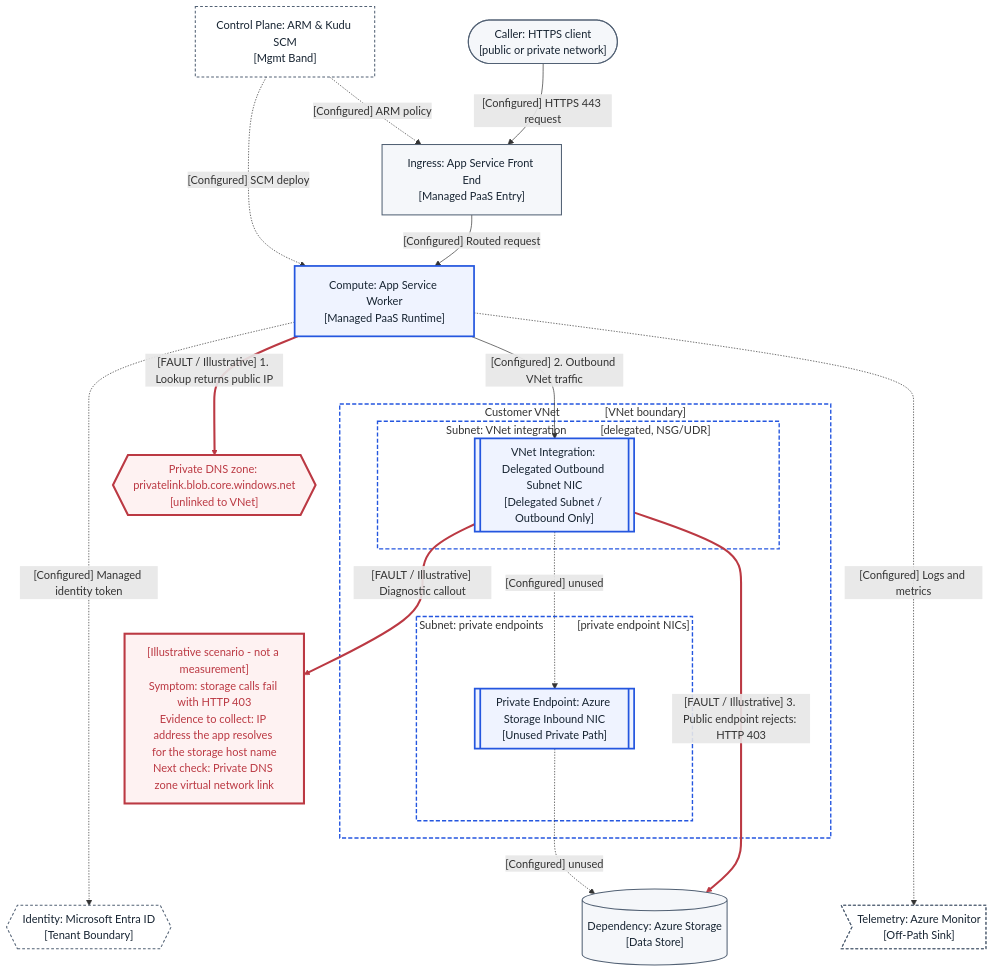
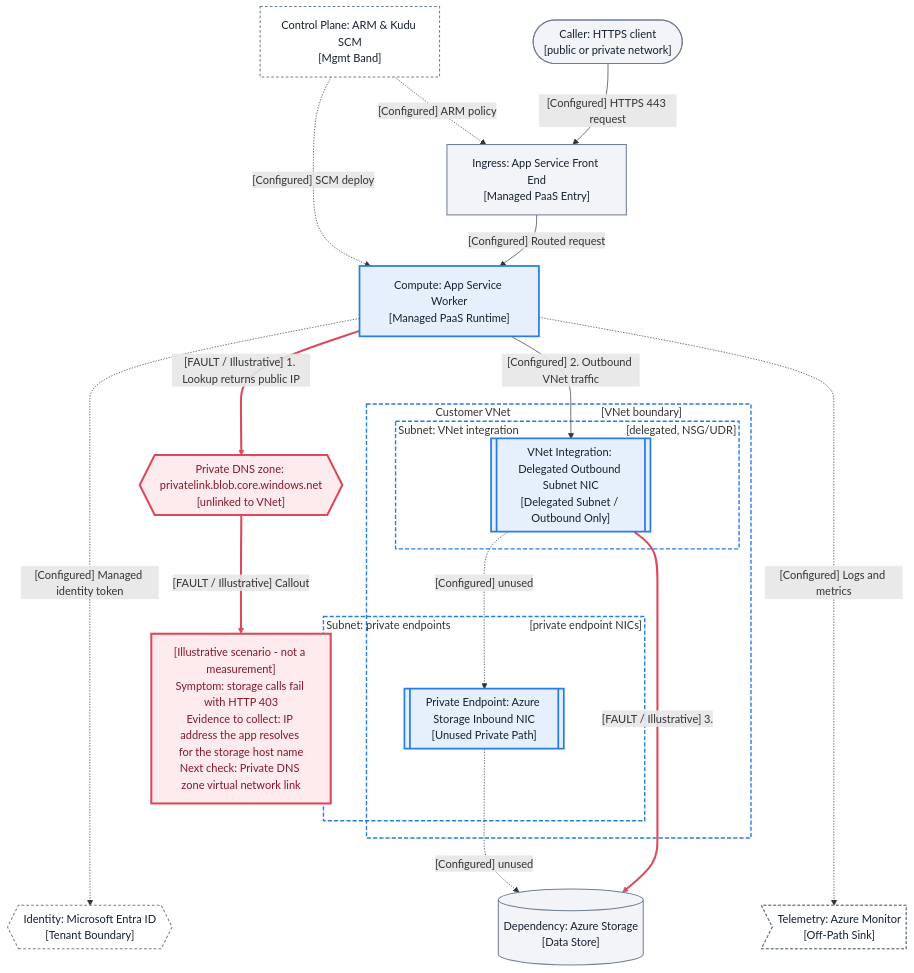
The fourth of 6 diagrams in docs/reference/diagram-topology-grammar.md (yeongseon/azure-app-service-practical-guide), drawn with Mermaid before and after one commit. The commit also changed other lines of this file and 1 other file, not shown here.

First line of the commit message:
docs(diagrams): make the topology grammar self-contained and correct its egress vocabulary

````diff
--- a/docs/reference/diagram-topology-grammar.md
+++ b/docs/reference/diagram-topology-grammar.md
@@ -263,45 +264,45 @@
 ```mermaid
 flowchart TD
     accTitle: App Service Egress Fault and Evidence Overlay (Grammar v1)
     accDescr: Anchors an illustrative fault overlay to the regional VNet integration egress topology when an unlinked Private DNS zone causes public IP resolution and outbound HTTP 403 rejection from vnet_integration to Storage.
     control_plane["Control Plane: ARM & Kudu SCM<br/>[Mgmt Band]"]
     client(["Caller: HTTPS client<br/>[public or private network]"])
     ingress["Ingress: App Service Front End<br/>[Managed PaaS Entry]"]
     app_runtime["Compute: App Service Worker<br/>[Managed PaaS Runtime]"]
     identity{{"Identity: Microsoft Entra ID<br/>[Tenant Boundary]"}}
     storage_db[("Dependency: Azure Storage<br/>[Data Store]")]
     telemetry>"Telemetry: Azure Monitor<br/>[Off-Path Sink]"]
     dns_out{{"Private DNS zone: privatelink.blob.core.windows.net<br/>[unlinked to VNet]"}}
     fault_note["[Illustrative scenario - not a measurement]<br/>Symptom: storage calls fail with HTTP 403<br/>Evidence to collect: IP address the app resolves for the storage host name<br/>Next check: Private DNS zone virtual network link"]
-    subgraph vnet_out["Customer VNet &nbsp;&nbsp;&nbsp;&nbsp;&nbsp;&nbsp;&nbsp;&nbsp;&nbsp;&nbsp;&nbsp;&nbsp;&nbsp;&nbsp; [VNet boundary]"]
-        subgraph subnet_int["Subnet: VNet integration &nbsp;&nbsp;&nbsp;&nbsp;&nbsp;&nbsp;&nbsp;&nbsp;&nbsp;&nbsp; [delegated, NSG/UDR]"]
+    subgraph vnet_out["Customer VNet &nbsp;&nbsp;&nbsp;&nbsp;&nbsp;&nbsp;&nbsp;&nbsp;&nbsp;&nbsp;&nbsp;&nbsp;&nbsp;&nbsp;&nbsp;&nbsp;&nbsp;&nbsp;&nbsp;&nbsp;&nbsp;&nbsp;&nbsp;&nbsp;&nbsp;&nbsp;&nbsp;&nbsp;&nbsp;&nbsp; [VNet boundary]"]
+        subgraph subnet_int["Subnet: VNet integration &nbsp;&nbsp;&nbsp;&nbsp;&nbsp;&nbsp;&nbsp;&nbsp;&nbsp;&nbsp;&nbsp;&nbsp;&nbsp;&nbsp;&nbsp;&nbsp;&nbsp;&nbsp;&nbsp;&nbsp;&nbsp;&nbsp;&nbsp;&nbsp;&nbsp;&nbsp;&nbsp;&nbsp;&nbsp;&nbsp;&nbsp;&nbsp;&nbsp;&nbsp;&nbsp;&nbsp; [delegated, NSG/UDR]"]
             vnet_integration[["VNet Integration: Delegated Outbound Subnet NIC<br/>[Delegated Subnet / Outbound Only]"]]
         end
-        subgraph subnet_pe_out["Subnet: private endpoints &nbsp;&nbsp;&nbsp;&nbsp;&nbsp;&nbsp;&nbsp;&nbsp;&nbsp;&nbsp; [private endpoint NICs]"]
+        subgraph subnet_pe_out["Subnet: private endpoints &nbsp;&nbsp;&nbsp;&nbsp;&nbsp;&nbsp;&nbsp;&nbsp;&nbsp;&nbsp;&nbsp;&nbsp;&nbsp;&nbsp;&nbsp;&nbsp;&nbsp;&nbsp;&nbsp;&nbsp;&nbsp;&nbsp;&nbsp;&nbsp;&nbsp;&nbsp; [private endpoint NICs]"]
             pe_storage[["Private Endpoint: Azure Storage Inbound NIC<br/>[Unused Private Path]"]]
         end
     end
     control_plane -.->|"[Configured] ARM policy"| ingress
     control_plane -.->|"[Configured] SCM deploy"| app_runtime
     client -->|"[Configured] HTTPS 443 request"| ingress
     ingress -->|"[Configured] Routed request"| app_runtime
     app_runtime -...->|"[Configured] Managed identity token"| identity
     app_runtime ==>|"[FAULT / Illustrative] 1. Lookup returns public IP"| dns_out
     app_runtime -->|"[Configured] 2. Outbound VNet traffic"| vnet_integration
     vnet_integration -.->|"[Configured] unused"| pe_storage
     pe_storage -.->|"[Configured] unused"| storage_db
-    vnet_integration ==>|"[FAULT / Illustrative] 3. Public endpoint rejects: HTTP 403"| storage_db
-    vnet_integration ==>|"[FAULT / Illustrative] Diagnostic callout"| fault_note
+    vnet_integration ==>|"[FAULT / Illustrative] 3."| storage_db
+    dns_out ==>|"[FAULT / Illustrative] Callout"| fault_note
     app_runtime -...->|"[Configured] Logs and metrics"| telemetry
-    classDef baseNeutral fill:#f5f7fa,stroke:#526174,stroke-width:1.5px,color:#172432;
-    classDef focusActive fill:#eff3ff,stroke:#2456df,stroke-width:2.5px,color:#172432;
-    classDef bandMuted fill:#ffffff,stroke:#526174,stroke-width:1.5px,stroke-dasharray:4 3,color:#172432;
-    classDef stateFault fill:#fef2f2,stroke:#bb3943,stroke-width:3px,color:#bb3943;
-    classDef netBox fill:transparent,stroke:#2456df,stroke-width:2px,stroke-dasharray:6 3;
+    classDef baseNeutral fill:#f2f4f8,stroke:#707e93,stroke-width:1.5px,color:#14202e;
+    classDef focusActive fill:#e6f0fd,stroke:#287ce4,stroke-width:2.5px,color:#14202e;
+    classDef bandMuted fill:#ffffff,stroke:#707e93,stroke-width:1.5px,stroke-dasharray:4 3,color:#14202e;
+    classDef stateFault fill:#fdebee,stroke:#da495d,stroke-width:3px,color:#86172a;
+    classDef netBox fill:transparent,stroke:#287ce4,stroke-width:2px,stroke-dasharray:6 3;
     class client,ingress,storage_db baseNeutral;
     class app_runtime,vnet_integration,pe_storage focusActive;
     class control_plane,identity,telemetry bandMuted;
     class dns_out,fault_note stateFault;
     class vnet_out,subnet_int,subnet_pe_out netBox;
-    linkStyle 5,9,10 stroke:#bb3943,stroke-width:3px;
+    linkStyle 5,9,10 stroke:#da495d,stroke-width:3px;
 ```
````
